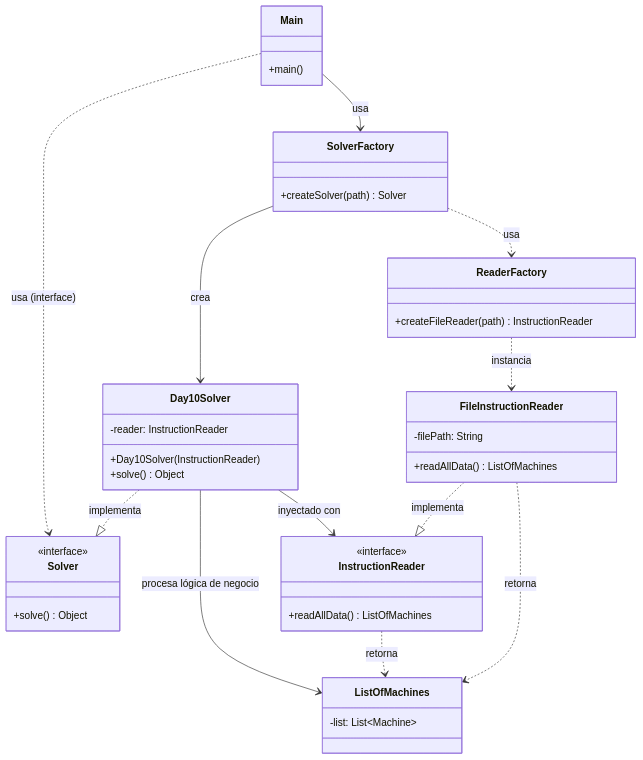
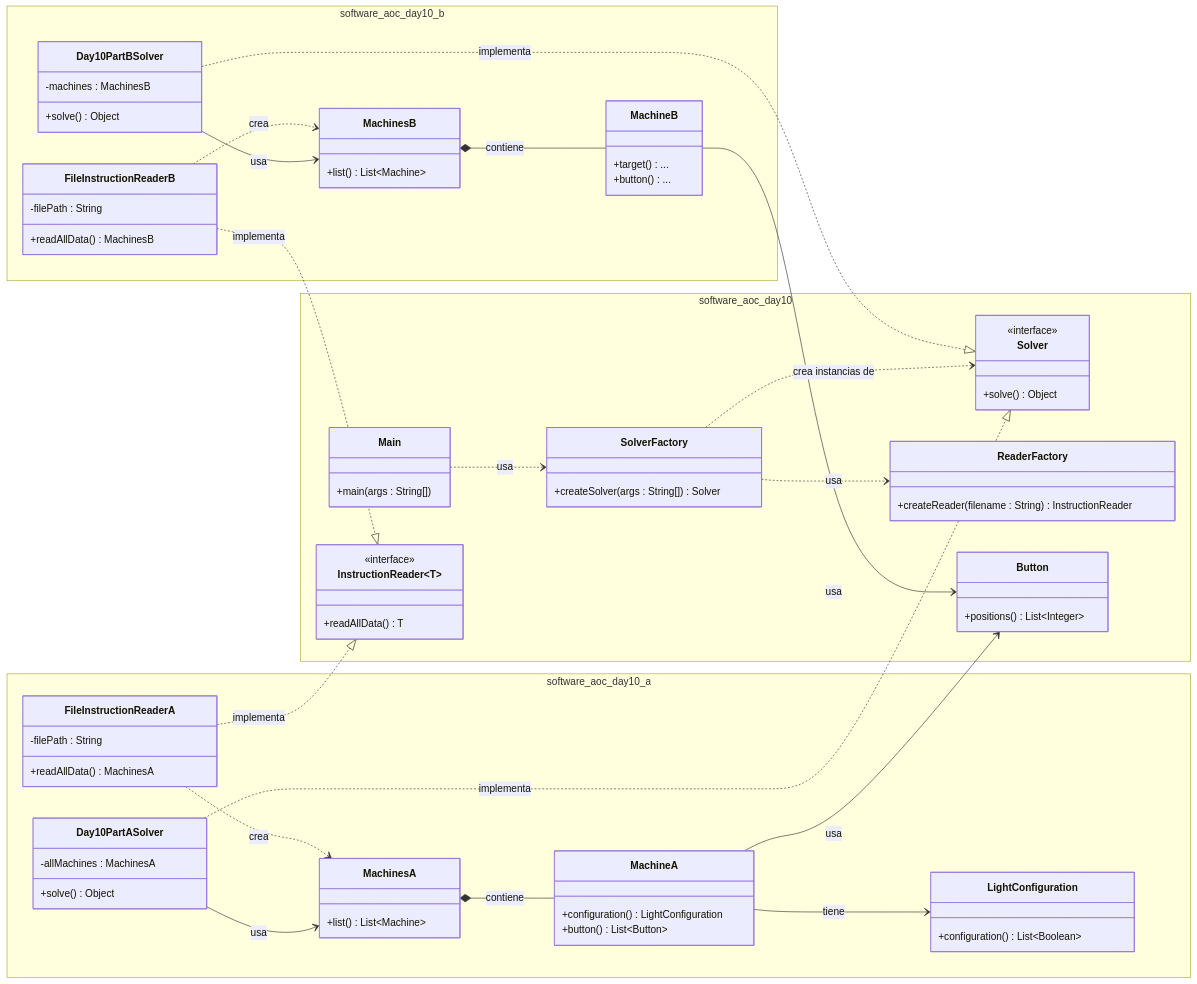
Before and after one commit to Carlossr2401/AdventOfCode10-2025-: the diagram in README.md, drawn with Mermaid. The commit also changed other lines of this file and 17 other files, not shown here.

````diff
--- a/README.md
+++ b/README.md
@@ -14,53 +11,107 @@
 ```mermaid
 classDiagram
-    %% Clases principales de la arquitectura
-    class Main {
-        +main()
+    direction LR
+    %% --- Paquete Principal: software.aoc.day10 ---
+    namespace software_aoc_day10 {
+        class Main {
+            +main(args : String[])
+        }
+
+        class Solver {
+            <<interface>>
+            +solve() Object
+        }
+
+        class InstructionReader~T~ {
+            <<interface>>
+            +readAllData() T
+        }
+
+        class SolverFactory {
+            +createSolver(args : String[]) Solver
+        }
+
+        class ReaderFactory {
+            +createReader(filename : String) InstructionReader
+        }
+
+        class Button {
+            +positions() List~Integer~
+        }
     }
 
-    class Solver {
-        <<interface>>
-        +solve() Object
+    %% --- Paquete Parte A: software.aoc.day10.a ---
+    namespace software_aoc_day10_a {
+        class Day10PartASolver {
+            -allMachines : MachinesA
+            +solve() Object
+        }
+
+        class FileInstructionReaderA {
+            -filePath : String
+            +readAllData() MachinesA
+        }
+
+        class MachinesA {
+            +list() List~Machine~
+        }
+
+        class MachineA {
+            +configuration() LightConfiguration
+            +button() List~Button~
+        }
+
+        class LightConfiguration {
+            +configuration() List~Boolean~
+        }
     }
 
-    class Day10Solver {
-        -reader: InstructionReader
-        +Day10Solver(InstructionReader)
-        +solve() Object
+    %% --- Paquete Parte B: software.aoc.day10.b ---
+    namespace software_aoc_day10_b {
+        class Day10PartBSolver {
+            -machines : MachinesB
+            +solve() Object
+        }
+
+        class FileInstructionReaderB {
+            -filePath : String
+            +readAllData() MachinesB
+        }
+
+        class MachinesB {
+            +list() List~Machine~
+        }
+
+        class MachineB {
+            +target() ...
+            +button() ...
+        }
     }
 
-    class SolverFactory {
-        +createSolver(path) Solver
-    }
+    %% Relaciones Principales
+    Main ..> SolverFactory : usa
+    SolverFactory ..> ReaderFactory : usa
+    SolverFactory ..> Solver : crea instancias de
 
-    class InstructionReader {
-        <<interface>>
-        +readAllData() ListOfMachines
-    }
+    %% Implementaciones de Interfaces
+    Day10PartASolver ..|> Solver : implementa
+    Day10PartBSolver ..|> Solver : implementa
 
-    class FileInstructionReader {
-        -filePath: String
-        +readAllData() ListOfMachines
-    }
+    FileInstructionReaderA ..|> InstructionReader : implementa
+    FileInstructionReaderB ..|> InstructionReader : implementa
 
-    class ReaderFactory {
-        +createFileReader(path) InstructionReader
-    }
+    %% Relaciones de Uso (Dependencias)
+    Day10PartASolver --> MachinesA : usa
+    Day10PartBSolver --> MachinesB : usa
 
-    class ListOfMachines {
-        -list: List~Machine~
-    }
+    FileInstructionReaderA ..> MachinesA : crea
+    FileInstructionReaderB ..> MachinesB : crea
 
-    %% Relaciones
-    Main --> SolverFactory : usa
-    SolverFactory --> Day10Solver : crea
-    SolverFactory ..> ReaderFactory : usa
-    Main ..> Solver : usa (interface)
-    Day10Solver ..|> Solver : implementa
-    Day10Solver --> InstructionReader : inyectado con
-    FileInstructionReader ..|> InstructionReader : implementa
-    ReaderFactory ..> FileInstructionReader : instancia
-    Day10Solver --> ListOfMachines : procesa lógica de negocio
-    InstructionReader ..> ListOfMachines : retorna
-    FileInstructionReader ..> ListOfMachines : retorna
+    %% Composición de Datos
+    MachinesA *-- MachineA : contiene
+    MachineA --> LightConfiguration : tiene
+    MachineA --> Button : usa
+
+    MachinesB *-- MachineB : contiene
+    MachineB --> Button : usa
 ```
````
